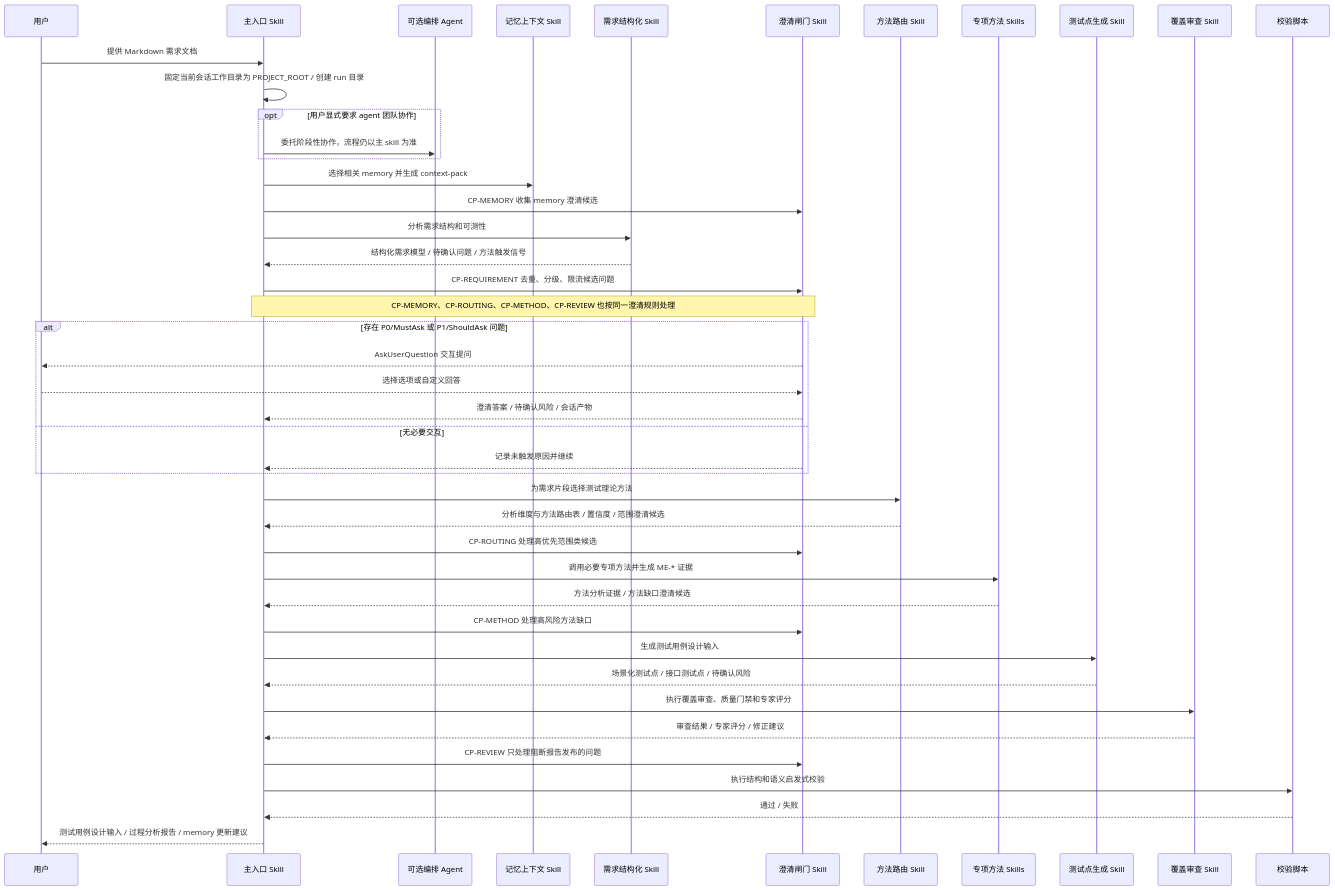
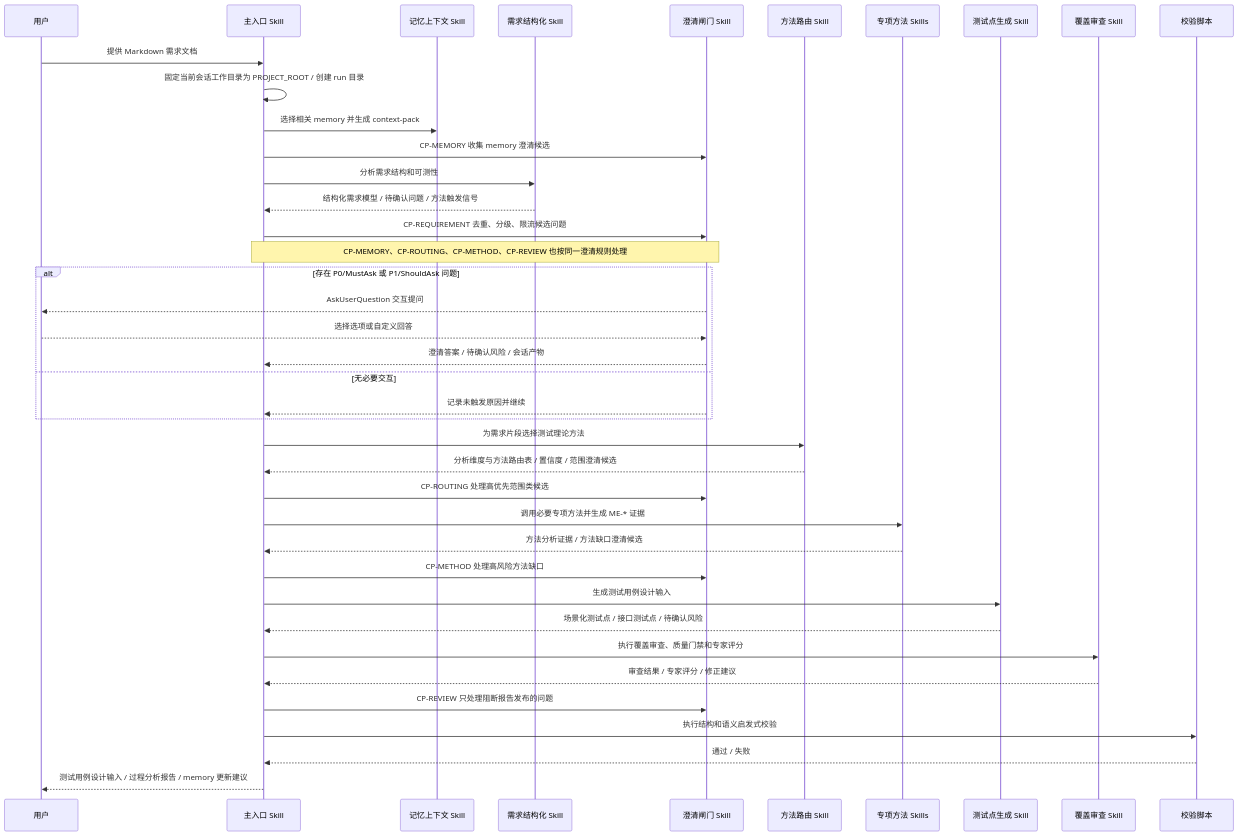
Before and after one commit to szluoqy-byte/Test-Analysis-Agent: the fourth of 8 diagrams in docs/test-analysis-agent-design.md, drawn with Mermaid. The commit also changed other lines of this file and 10 other files, not shown here.

````diff
--- a/docs/test-analysis-agent-design.md
+++ b/docs/test-analysis-agent-design.md
@@ -224,47 +211,43 @@
 ```mermaid
 sequenceDiagram
   participant U as 用户
   participant E as 主入口 Skill
-  participant O as 可选编排 Agent
   participant M as 记忆上下文 Skill
   participant R as 需求结构化 Skill
   participant C as 澄清闸门 Skill
   participant T as 方法路由 Skill
   participant S as 专项方法 Skills
   participant G as 测试点生成 Skill
   participant Q as 覆盖审查 Skill
   participant L as 校验脚本
 
   U->>E: 提供 Markdown 需求文档
   E->>E: 固定当前会话工作目录为 PROJECT_ROOT / 创建 run 目录
-  opt 用户显式要求 agent 团队协作
-    E->>O: 委托阶段性协作，流程仍以主 skill 为准
-  end
   E->>M: 选择相关 memory 并生成 context-pack
   E->>C: CP-MEMORY 收集 memory 澄清候选
   E->>R: 分析需求结构和可测性
   R-->>E: 结构化需求模型 / 待确认问题 / 方法触发信号
   E->>C: CP-REQUIREMENT 去重、分级、限流候选问题
   Note over E,C: CP-MEMORY、CP-ROUTING、CP-METHOD、CP-REVIEW 也按同一澄清规则处理
   alt 存在 P0/MustAsk 或 P1/ShouldAsk 问题
     C-->>U: AskUserQuestion 交互提问
     U-->>C: 选择选项或自定义回答
     C-->>E: 澄清答案 / 待确认风险 / 会话产物
   else 无必要交互
     C-->>E: 记录未触发原因并继续
   end
   E->>T: 为需求片段选择测试理论方法
   T-->>E: 分析维度与方法路由表 / 置信度 / 范围澄清候选
   E->>C: CP-ROUTING 处理高优先范围类候选
   E->>S: 调用必要专项方法并生成 ME-* 证据
   S-->>E: 方法分析证据 / 方法缺口澄清候选
   E->>C: CP-METHOD 处理高风险方法缺口
   E->>G: 生成测试用例设计输入
   G-->>E: 场景化测试点 / 接口测试点 / 待确认风险
   E->>Q: 执行覆盖审查、质量门禁和专家评分
   Q-->>E: 审查结果 / 专家评分 / 修正建议
   E->>C: CP-REVIEW 只处理阻断报告发布的问题
   E->>L: 执行结构和语义启发式校验
   L-->>E: 通过 / 失败
   E-->>U: 测试用例设计输入 / 过程分析报告 / memory 更新建议
 ```
````
